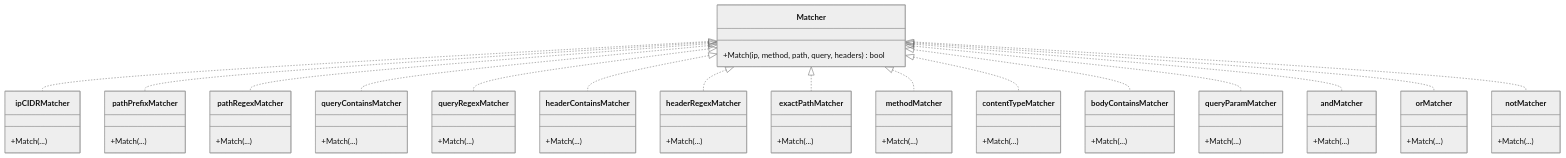
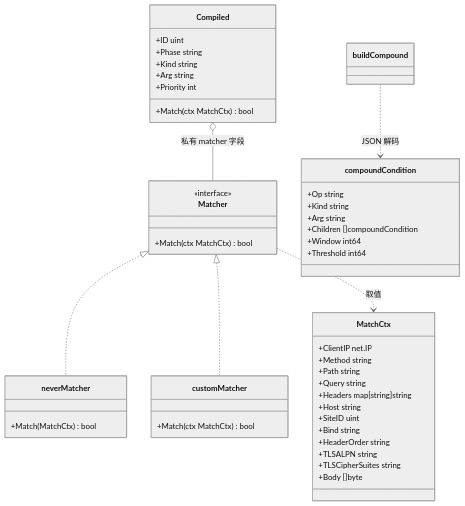
The second of 5 diagrams in docs/扩展与插件系统/规则引擎扩展/规则编译器扩展.md (x01n/My-OpenWaf), drawn with Mermaid (neutral theme) before and after one commit. The commit also changed other lines of this file and 622 other files, not shown here.

````diff
--- a/docs/扩展与插件系统/规则引擎扩展/规则编译器扩展.md
+++ b/docs/扩展与插件系统/规则引擎扩展/规则编译器扩展.md
@@ -246,66 +166,48 @@
 ```mermaid
 classDiagram
-class Matcher {
-+Match(ip, method, path, query, headers) bool
-}
-class ipCIDRMatcher {
-+Match(...)
-}
-class pathPrefixMatcher {
-+Match(...)
-}
-class pathRegexMatcher {
-+Match(...)
-}
-class queryContainsMatcher {
-+Match(...)
-}
-class queryRegexMatcher {
-+Match(...)
-}
-class headerContainsMatcher {
-+Match(...)
-}
-class headerRegexMatcher {
-+Match(...)
-}
-class exactPathMatcher {
-+Match(...)
-}
-class methodMatcher {
-+Match(...)
-}
-class contentTypeMatcher {
-+Match(...)
-}
-class bodyContainsMatcher {
-+Match(...)
-}
-class queryParamMatcher {
-+Match(...)
-}
-class andMatcher {
-+Match(...)
-}
-class orMatcher {
-+Match(...)
-}
-class notMatcher {
-+Match(...)
-}
-Matcher <|.. ipCIDRMatcher
-Matcher <|.. pathPrefixMatcher
-Matcher <|.. pathRegexMatcher
-Matcher <|.. queryContainsMatcher
-Matcher <|.. queryRegexMatcher
-Matcher <|.. headerContainsMatcher
-Matcher <|.. headerRegexMatcher
-Matcher <|.. exactPathMatcher
-Matcher <|.. methodMatcher
-Matcher <|.. contentTypeMatcher
-Matcher <|.. bodyContainsMatcher
-Matcher <|.. queryParamMatcher
-Matcher <|.. andMatcher
-Matcher <|.. orMatcher
-Matcher <|.. notMatcher
+    class Matcher {
+        <<interface>>
+        +Match(ctx MatchCtx) bool
+    }
+    class MatchCtx {
+        +ClientIP net.IP
+        +Method string
+        +Path string
+        +Query string
+        +Headers map[string]string
+        +Host string
+        +SiteID uint
+        +Bind string
+        +HeaderOrder string
+        +TLSALPN string
+        +TLSCipherSuites string
+        +Body []byte
+    }
+    class neverMatcher {
+        +Match(MatchCtx) bool
+    }
+    class Compiled {
+        +ID uint
+        +Phase string
+        +Kind string
+        +Arg string
+        +Priority int
+        +Match(ctx MatchCtx) bool
+    }
+    class compoundCondition {
+        +Op string
+        +Kind string
+        +Arg string
+        +Children []compoundCondition
+        +Window int64
+        +Threshold int64
+    }
+    Matcher <|.. neverMatcher
+    Matcher <|.. customMatcher
+    class customMatcher {
+        +Match(ctx MatchCtx) bool
+    }
+    Compiled o-- Matcher : 私有 matcher 字段
+    Matcher ..> MatchCtx : 取值
+    buildCompound ..> compoundCondition : JSON 解码
 ```
````
